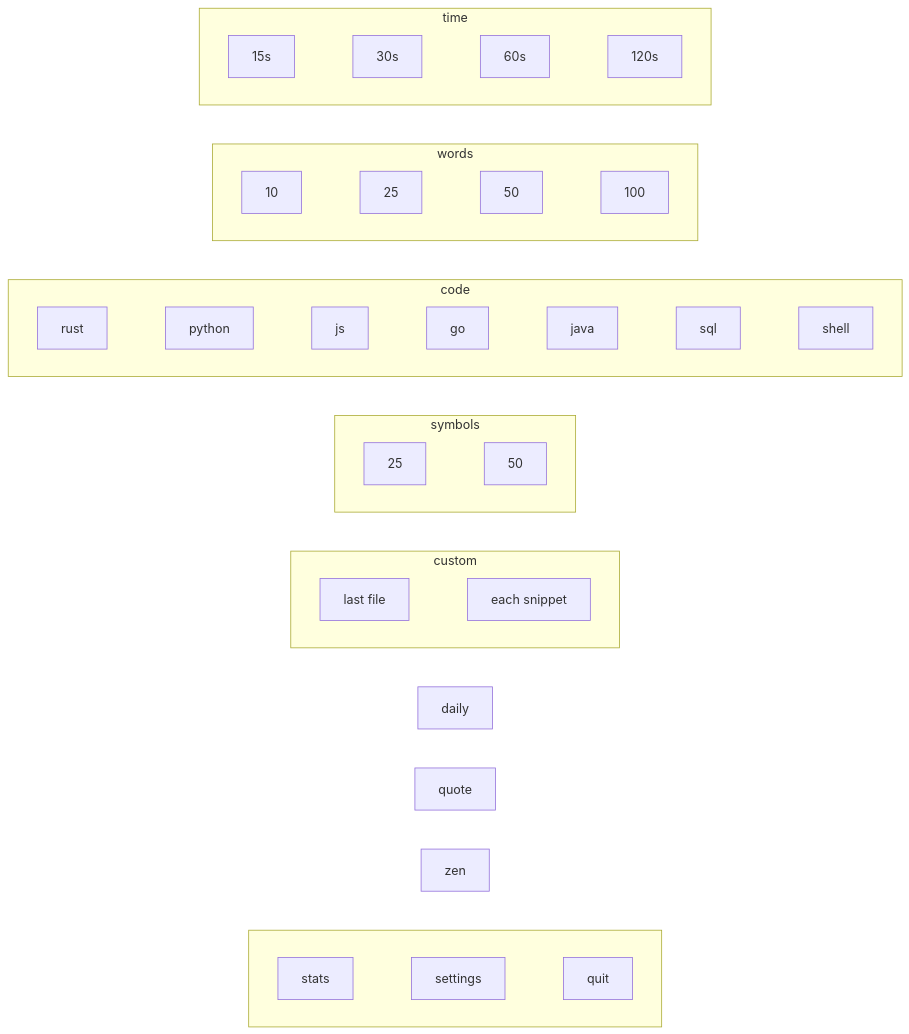
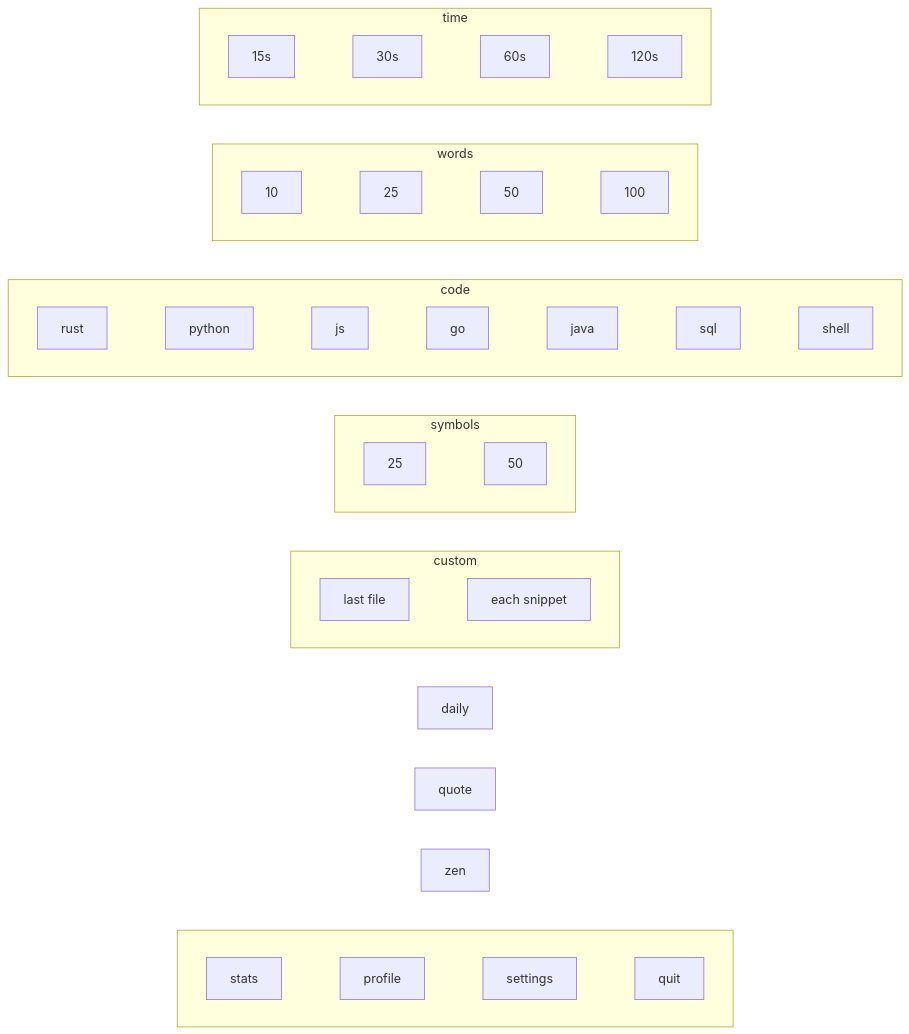
One commit to withrvr/typerush changed the first of 2 diagrams in docs/USAGE.md. Above: the diagram before and after it, drawn with Mermaid. The commit also changed other lines of this file and 9 other files, not shown here.

First line of the commit message:
docs: v0.6.0 — usage, architecture, learnings, changelog; version 0.6.0

````diff
--- a/docs/USAGE.md
+++ b/docs/USAGE.md
@@ -188,28 +191,28 @@
 ```mermaid
 flowchart TD
     subgraph time
         direction LR
         t15[15s] ~~~ t30[30s] ~~~ t60[60s] ~~~ t120[120s]
     end
     subgraph words
         direction LR
         w10[10] ~~~ w25[25] ~~~ w50[50] ~~~ w100[100]
     end
     subgraph code
         direction LR
         rust ~~~ python ~~~ js ~~~ go ~~~ java ~~~ sql ~~~ shell
     end
     subgraph symbols
         direction LR
         s25[25] ~~~ s50[50]
     end
     subgraph custom
         direction LR
         last["last file"] ~~~ snip["each snippet"]
     end
     subgraph app[" "]
         direction LR
-        stats ~~~ settings ~~~ quit
+        stats ~~~ profile ~~~ settings ~~~ quit
     end
     time ~~~ words ~~~ code ~~~ symbols ~~~ custom ~~~ daily ~~~ quote ~~~ zen ~~~ app
 ```
````
